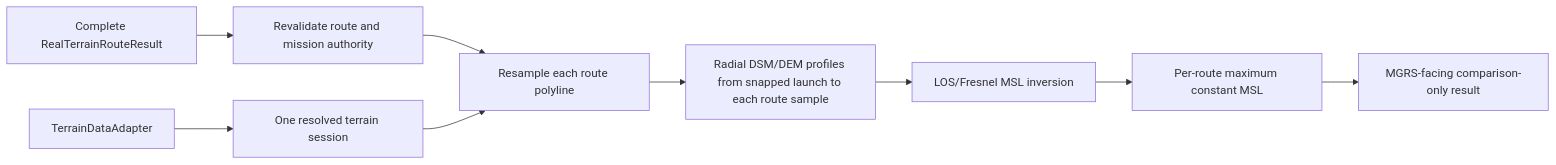
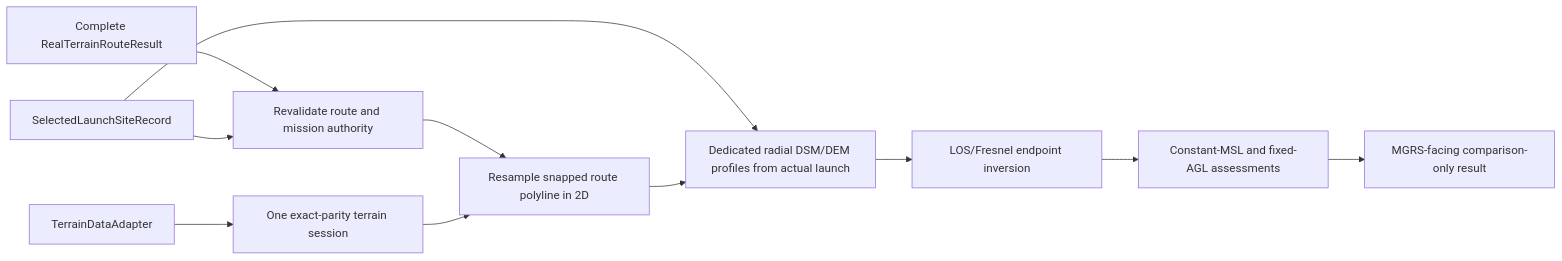
Before and after one commit to leejinuk-minoan/uav-rf-terrain-planner: the diagram in docs/architecture/real-terrain-minimum-altitude-boundary.md, drawn with Mermaid. The commit also changed other lines of this file and 7 other files, not shown here.

````diff
--- a/docs/architecture/real-terrain-minimum-altitude-boundary.md
+++ b/docs/architecture/real-terrain-minimum-altitude-boundary.md
@@ -36,11 +47,13 @@
 ```mermaid
 flowchart LR
   R[Complete RealTerrainRouteResult] --> V[Revalidate route and mission authority]
-  A[TerrainDataAdapter] --> S[One resolved terrain session]
-  V --> P[Resample each route polyline]
+  L[SelectedLaunchSiteRecord] --> V
+  A[TerrainDataAdapter] --> S[One exact-parity terrain session]
+  V --> P[Resample snapped route polyline in 2D]
   S --> P
-  P --> L[Radial DSM/DEM profiles from snapped launch to each route sample]
-  L --> I[LOS/Fresnel MSL inversion]
-  I --> M[Per-route maximum constant MSL]
-  M --> O[MGRS-facing comparison-only result]
+  L --> D[Dedicated radial DSM/DEM profiles from actual launch]
+  P --> D
+  D --> I[LOS/Fresnel endpoint inversion]
+  I --> C[Constant-MSL and fixed-AGL assessments]
+  C --> O[MGRS-facing comparison-only result]
 ```
````
